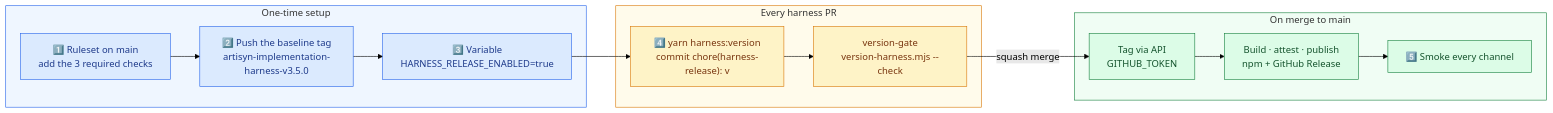
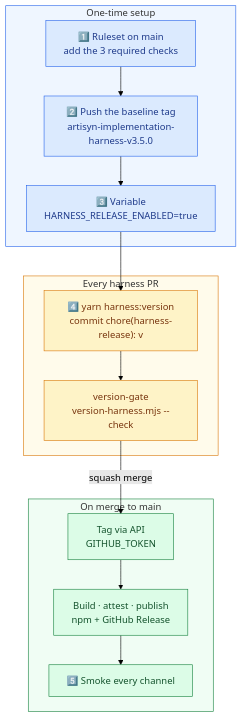
One commit to DataArt/artisyn-implementation-harness changed the diagram in docs/Engineering Guide/08 Harness Release Runbook.md. Above: the diagram before and after it, drawn with Mermaid (forest theme). The commit also changed 6 other files, not shown here.

````diff
--- a/docs/Engineering Guide/08 Harness Release Runbook.md
+++ b/docs/Engineering Guide/08 Harness Release Runbook.md
@@ -21,28 +21,28 @@
 ```mermaid
-flowchart LR
+flowchart TB
     subgraph SETUP ["  One-time setup  "]
         RS["1️⃣ Ruleset on main\nadd the 3 required checks"]:::setup
         BT["2️⃣ Push the baseline tag\nartisyn-implementation-harness-v3.5.0"]:::setup
         EN["3️⃣ Variable\nHARNESS_RELEASE_ENABLED=true"]:::setup
     end
 
     subgraph PR ["  Every harness PR  "]
         HV["4️⃣ yarn harness:version\ncommit chore(harness-release): v"]:::pr
         VG["version-gate\nversion-harness.mjs --check"]:::pr
     end
 
     subgraph MERGE ["  On merge to main  "]
         TAG["Tag via API\nGITHUB_TOKEN"]:::release
         PUB["Build · attest · publish\nnpm + GitHub Release"]:::release
         SMOKE["5️⃣ Smoke every channel"]:::release
     end
 
     RS --> BT --> EN --> HV --> VG -->|"squash merge"| TAG --> PUB --> SMOKE
 
     classDef setup fill:#DBEAFE,stroke:#2563EB,color:#1e3a8a
     classDef pr fill:#FEF3C7,stroke:#D97706,color:#78350f
     classDef release fill:#DCFCE7,stroke:#15803D,color:#14532D
     style SETUP fill:#EFF6FF,stroke:#2563EB
     style PR fill:#FFFBEB,stroke:#D97706
     style MERGE fill:#F0FDF4,stroke:#15803D
 ```
````
